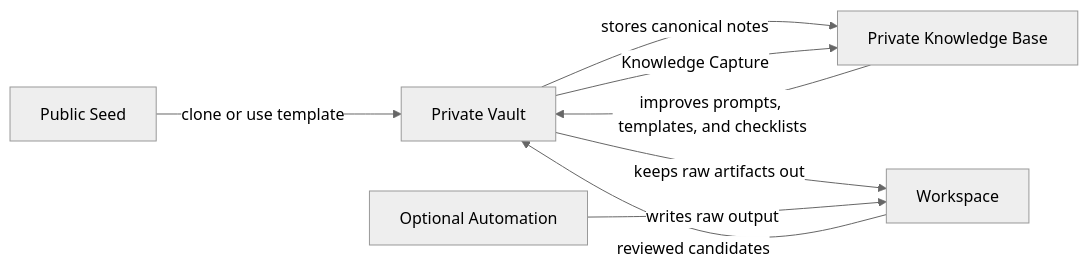
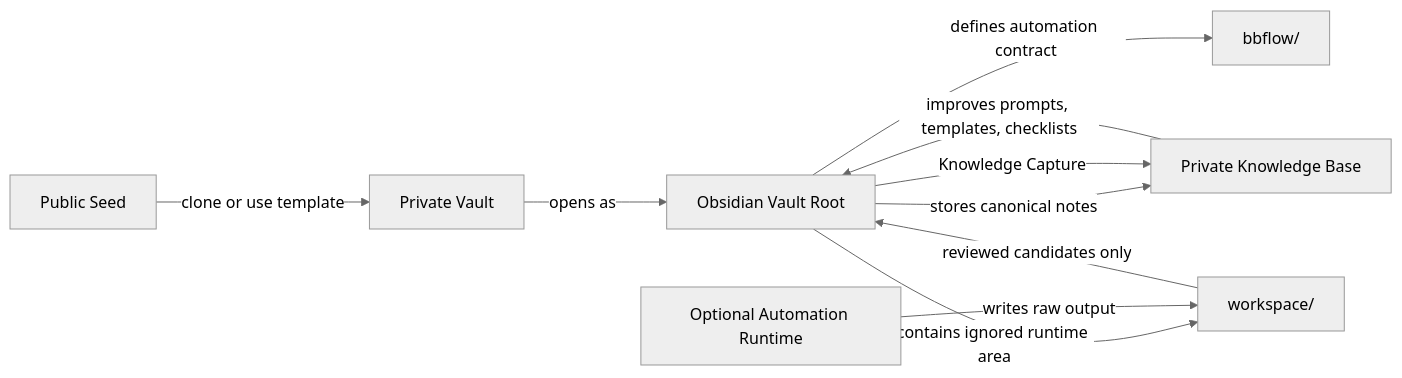
One commit to guan4tou2/bug-bounty-vault-framework changed the diagram in docs/architecture.md. Above: the diagram before and after it, drawn with Mermaid (neutral theme). The commit also changed other lines of this file and 21 other files, not shown here.

````diff
--- a/docs/architecture.md
+++ b/docs/architecture.md
@@ -23,10 +28,12 @@
 ```mermaid
 flowchart LR
   A["Public Seed"] -->|"clone or use template"| B["Private Vault"]
-  B -->|"stores canonical notes"| C["Private Knowledge Base"]
-  B -->|"keeps raw artifacts out"| D["Workspace"]
-  E["Optional Automation"] -->|"writes raw output"| D
-  D -->|"reviewed candidates"| B
-  B -->|"Knowledge Capture"| C
-  C -->|"improves prompts, templates, and checklists"| B
+  B -->|"opens as"| C["Obsidian Vault Root"]
+  C -->|"stores canonical notes"| D["Private Knowledge Base"]
+  C -->|"contains ignored runtime area"| E["workspace/"]
+  C -->|"defines automation contract"| F["bbflow/"]
+  G["Optional Automation Runtime"] -->|"writes raw output"| E
+  E -->|"reviewed candidates only"| C
+  C -->|"Knowledge Capture"| D
+  D -->|"improves prompts, templates, checklists"| C
 ```
````
